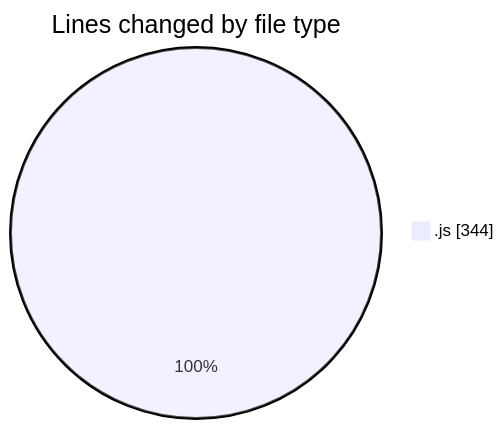
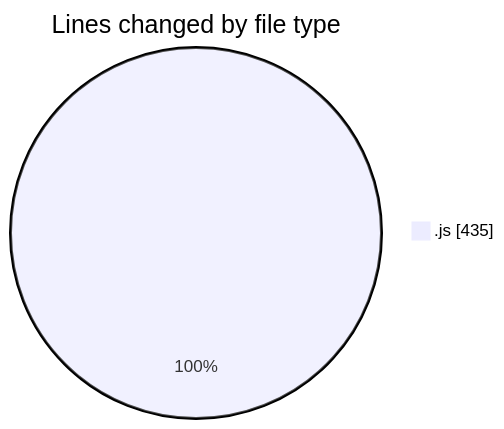
The first of 2 diagrams in 2025-06-20/nxtqube_webapp/README.md (nxtqubesakshisongat/code-tracking), drawn with Mermaid before and after one commit. The commit also changed other lines of this file and 1 other file, not shown here.

````diff
--- a/2025-06-20/nxtqube_webapp/README.md
+++ b/2025-06-20/nxtqube_webapp/README.md
@@ -24,5 +24,5 @@
 ```mermaid
 pie showData
 title Lines changed by file type
-".js" : 344
+".js" : 435
 ```
````
